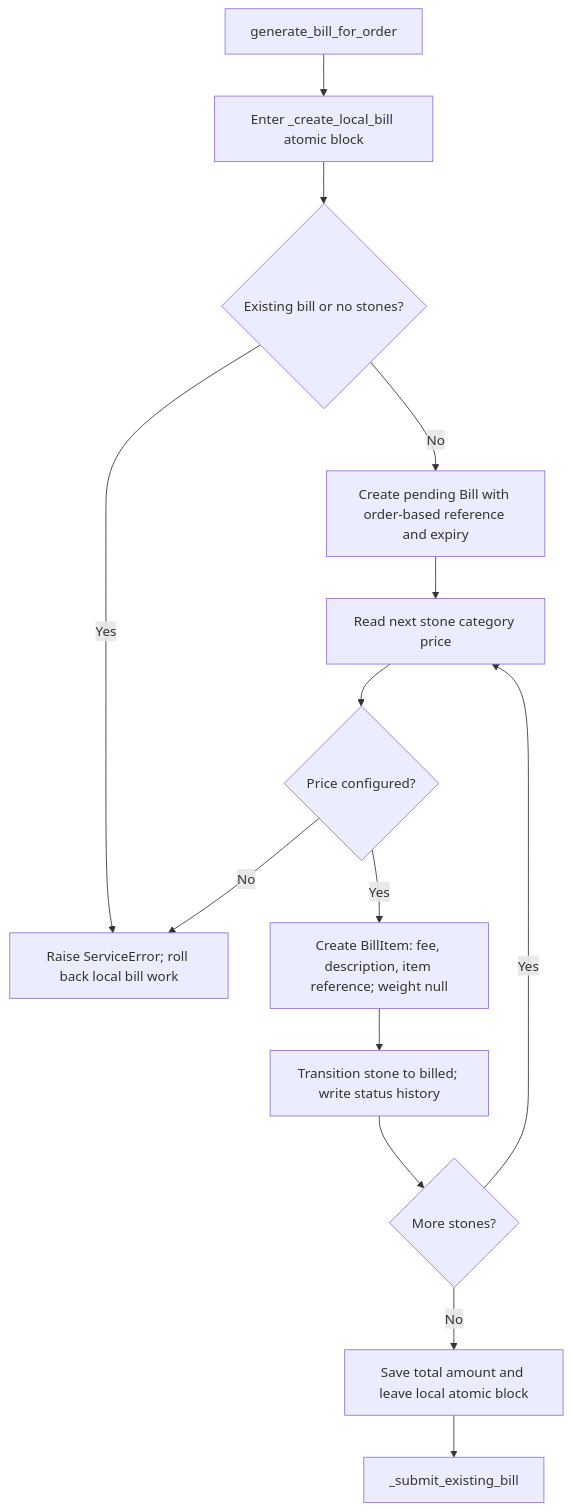
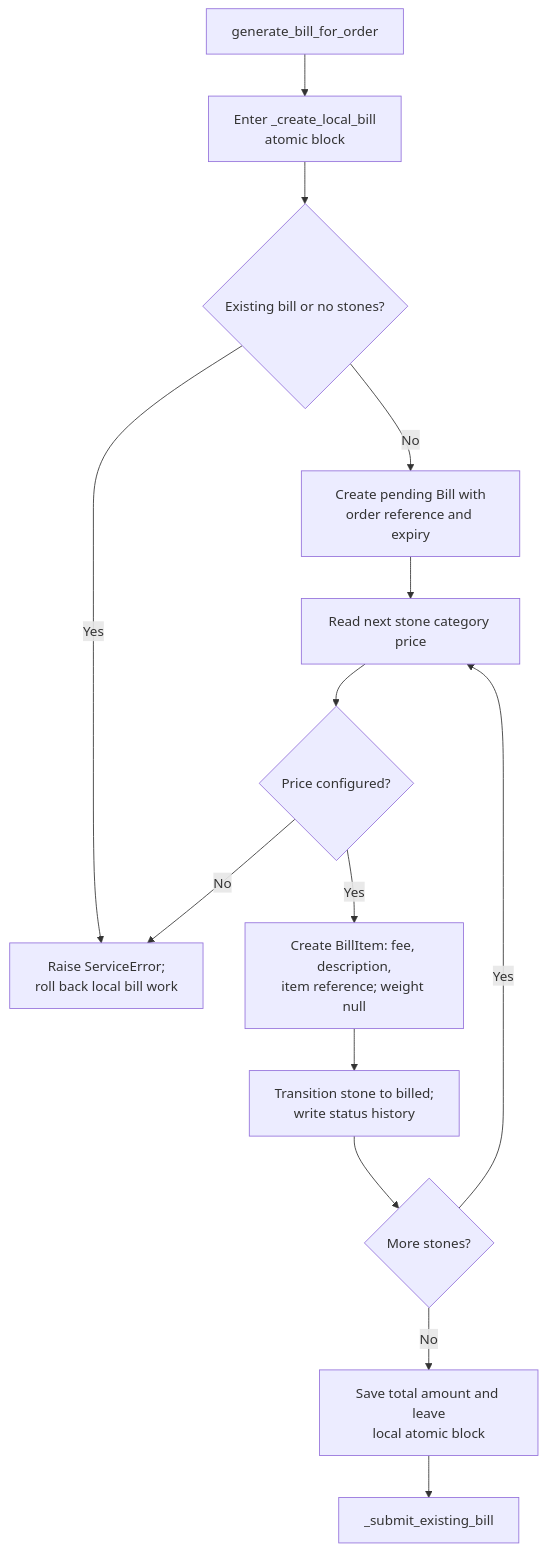
One commit to TGCTZ/TGC-SERVICE-BACKEND changed the third of 10 diagrams in docs/gepg/03_GEPG_FLOW_DIAGRAMS.md. Above: the diagram before and after it, drawn with Mermaid. The commit also changed other lines of this file and 23 other files, not shown here.

````diff
--- a/docs/gepg/03_GEPG_FLOW_DIAGRAMS.md
+++ b/docs/gepg/03_GEPG_FLOW_DIAGRAMS.md
@@ -79,16 +79,16 @@
 ```mermaid
 flowchart TD
-    A["generate_bill_for_order"] --> B["Enter _create_local_bill atomic block"]
+    A["generate_bill_for_order"] --> B["Enter _create_local_bill<br/>atomic block"]
     B --> C{"Existing bill or no stones?"}
-    C -->|Yes| X["Raise ServiceError; roll back local bill work"]
-    C -->|No| D["Create pending Bill with order-based reference and expiry"]
+    C -->|Yes| X["Raise ServiceError;<br/>roll back local bill work"]
+    C -->|No| D["Create pending Bill with<br/>order reference and expiry"]
     D --> E["Read next stone category price"]
     E --> F{"Price configured?"}
     F -->|No| X
-    F -->|Yes| G["Create BillItem: fee, description, item reference; weight null"]
-    G --> H["Transition stone to billed; write status history"]
+    F -->|Yes| G["Create BillItem: fee, description,<br/>item reference; weight null"]
+    G --> H["Transition stone to billed;<br/>write status history"]
     H --> I{"More stones?"}
     I -->|Yes| E
-    I -->|No| J["Save total amount and leave local atomic block"]
+    I -->|No| J["Save total amount and leave<br/>local atomic block"]
     J --> K["_submit_existing_bill"]
 ```
````
